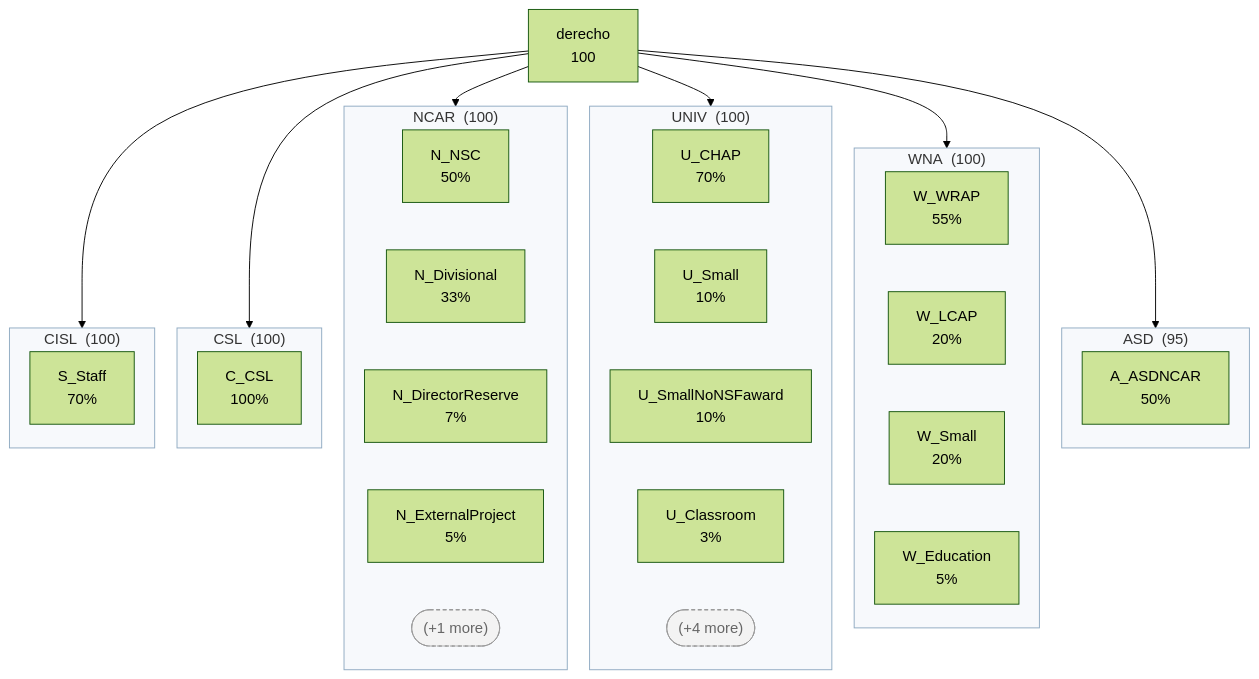
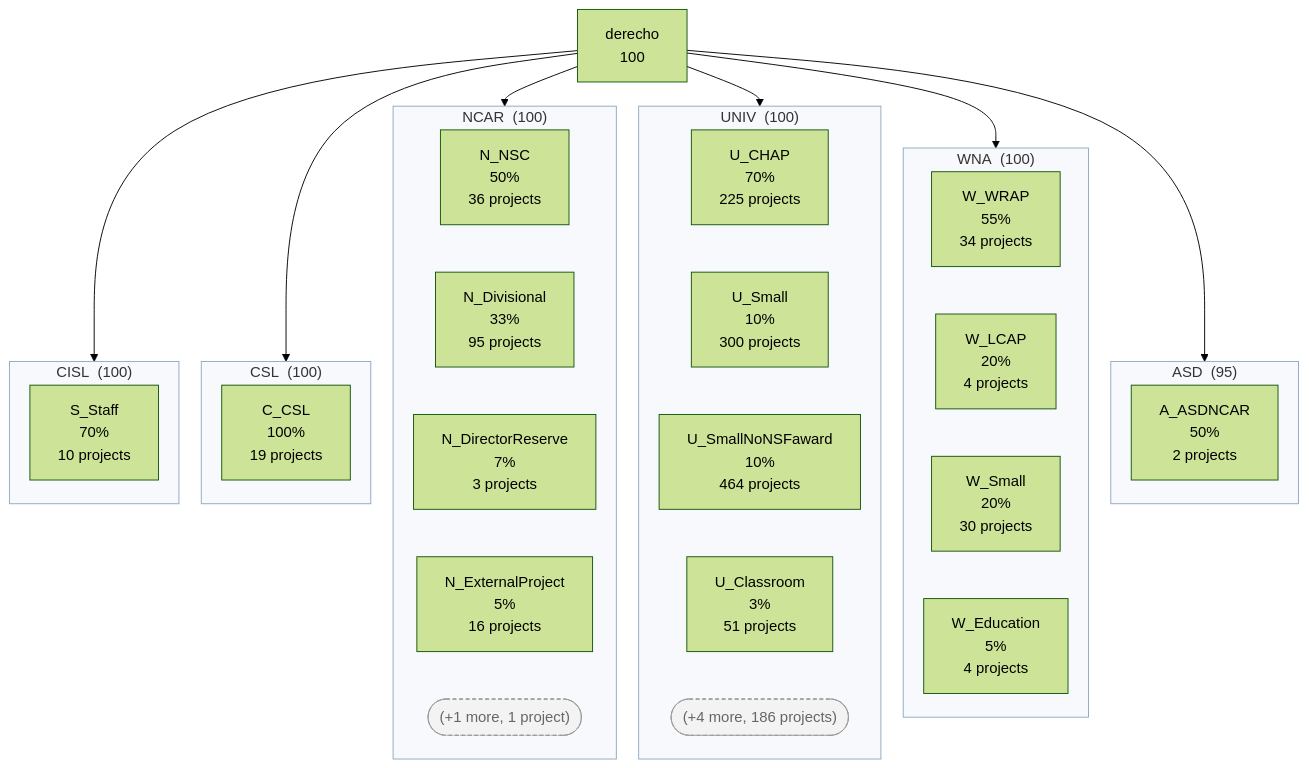
One commit to benkirk/quarto-docs-framework changed the diagram in docs/sam_and_pbs/_tree_overview.qmd. Above: the diagram before and after it, drawn with Mermaid (forest theme). The commit also changed 2 other files, not shown here.

Commit message:
tree2mermaid: add --count-level, project counts inside group boxes
--count-level N appends the subtree's project-account count to node
labels at that depth (every account appears exactly once as a leaf --
plain or self-leaf -- so the leaf count is the account count; grp
interiors are structural). Elision pills carry the count of what they
hide ("+4 more, 186 projects") so trimmed groups' projects don't
silently vanish. The overview uses --count-level 2, which surfaces the
share-vs-population contrast (U_SmallNoNSFaward: 464 projects on 10%;
N_NSC: 36 projects on 50%).

````diff
--- a/docs/sam_and_pbs/_tree_overview.qmd
+++ b/docs/sam_and_pbs/_tree_overview.qmd
@@ -1,56 +1,56 @@
 ```{mermaid}
 %%| fig-width: 9.5
 %%{init: {"flowchart": {"rankSpacing": 26, "nodeSpacing": 24}}}%%
 graph TD
     derecho["derecho<br/>100"]
     subgraph CISL["CISL&nbsp;&nbsp;(100)"]
         direction TB
-        S_Staff["S_Staff<br/>70%"]
+        S_Staff["S_Staff<br/>70%<br/>10 projects"]
     end
     derecho --> CISL
     subgraph CSL["CSL&nbsp;&nbsp;(100)"]
         direction TB
-        C_CSL["C_CSL<br/>100%"]
+        C_CSL["C_CSL<br/>100%<br/>19 projects"]
     end
     derecho --> CSL
     subgraph NCAR["NCAR&nbsp;&nbsp;(100)"]
         direction TB
-        N_NSC["N_NSC<br/>50%"]
-        N_Divisional["N_Divisional<br/>33%"]
-        N_DirectorReserve["N_DirectorReserve<br/>7%"]
-        N_ExternalProject["N_ExternalProject<br/>5%"]
-        NCAR_more(["(+1 more)"])
+        N_NSC["N_NSC<br/>50%<br/>36 projects"]
+        N_Divisional["N_Divisional<br/>33%<br/>95 projects"]
+        N_DirectorReserve["N_DirectorReserve<br/>7%<br/>3 projects"]
+        N_ExternalProject["N_ExternalProject<br/>5%<br/>16 projects"]
+        NCAR_more(["(+1 more, 1 project)"])
         N_NSC ~~~ N_Divisional ~~~ N_DirectorReserve ~~~ N_ExternalProject ~~~ NCAR_more
     end
     derecho --> NCAR
     subgraph UNIV["UNIV&nbsp;&nbsp;(100)"]
         direction TB
-        U_CHAP["U_CHAP<br/>70%"]
-        U_Small["U_Small<br/>10%"]
-        U_SmallNoNSFaward["U_SmallNoNSFaward<br/>10%"]
-        U_Classroom["U_Classroom<br/>3%"]
-        UNIV_more(["(+4 more)"])
+        U_CHAP["U_CHAP<br/>70%<br/>225 projects"]
+        U_Small["U_Small<br/>10%<br/>300 projects"]
+        U_SmallNoNSFaward["U_SmallNoNSFaward<br/>10%<br/>464 projects"]
+        U_Classroom["U_Classroom<br/>3%<br/>51 projects"]
+        UNIV_more(["(+4 more, 186 projects)"])
         U_CHAP ~~~ U_Small ~~~ U_SmallNoNSFaward ~~~ U_Classroom ~~~ UNIV_more
     end
     derecho --> UNIV
     subgraph WNA["WNA&nbsp;&nbsp;(100)"]
         direction TB
-        W_WRAP["W_WRAP<br/>55%"]
-        W_LCAP["W_LCAP<br/>20%"]
-        W_Small["W_Small<br/>20%"]
-        W_Education["W_Education<br/>5%"]
+        W_WRAP["W_WRAP<br/>55%<br/>34 projects"]
+        W_LCAP["W_LCAP<br/>20%<br/>4 projects"]
+        W_Small["W_Small<br/>20%<br/>30 projects"]
+        W_Education["W_Education<br/>5%<br/>4 projects"]
         W_WRAP ~~~ W_LCAP ~~~ W_Small ~~~ W_Education
     end
     derecho --> WNA
     subgraph ASD["ASD&nbsp;&nbsp;(95)"]
         direction TB
-        A_ASDNCAR["A_ASDNCAR<br/>50%"]
+        A_ASDNCAR["A_ASDNCAR<br/>50%<br/>2 projects"]
     end
     derecho --> ASD
     classDef grp fill:#cfe2f3,stroke:#1f4e79,stroke-width:2px
     classDef selfleaf fill:#fff2cc,stroke:#bf9000
     classDef elided fill:#f3f3f3,stroke:#999999,stroke-dasharray:4 3,color:#666666
     classDef tier fill:#f7f9fc,stroke:#8ea9c1
     class NCAR_more,UNIV_more elided
     class CISL,CSL,NCAR,UNIV,WNA,ASD tier
 ```
````
